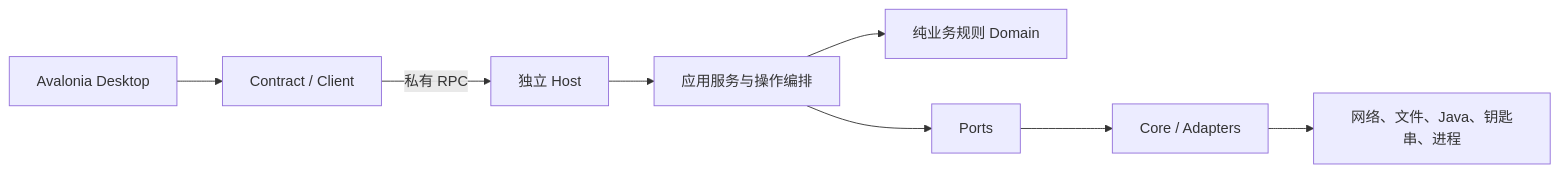
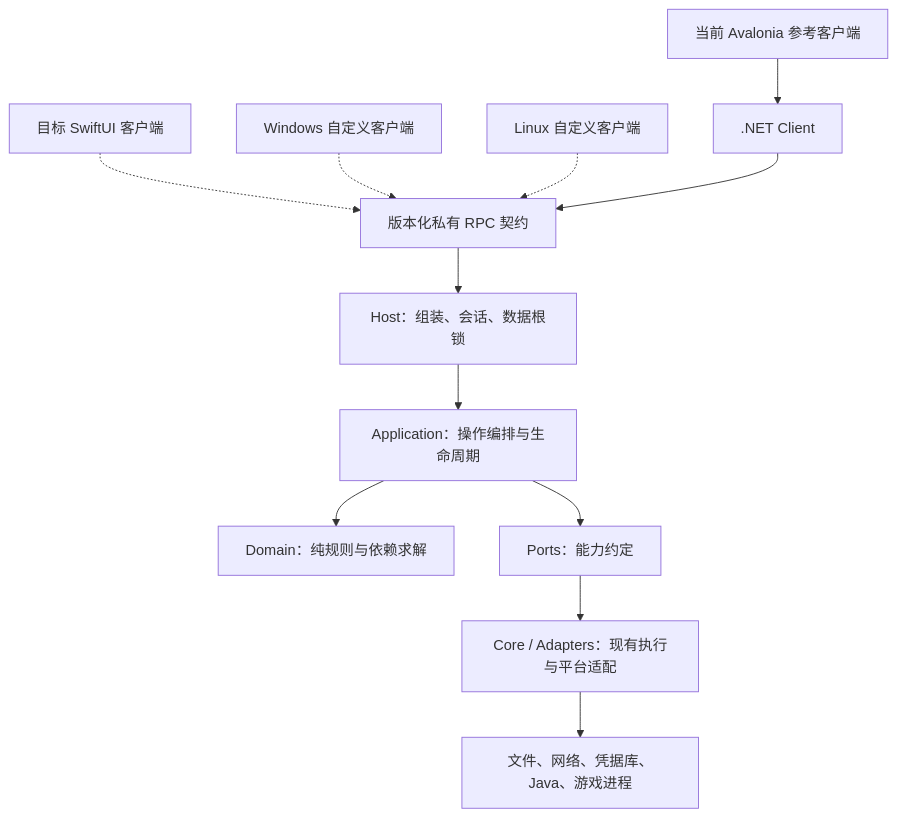
Before and after one commit to ParadoxRin/Plain_Craft_Launcher_Refactoring_Core: the diagram in README.md, drawn with Mermaid. The commit also changed other lines of this file and 63 other files, not shown here.

````diff
--- a/README.md
+++ b/README.md
@@ -42,10 +37,14 @@
 ```mermaid
-flowchart LR
-    UI[Avalonia Desktop] --> Client[Contract / Client]
-    Client -->|私有 RPC| Host[独立 Host]
-    Host --> App[应用服务与操作编排]
-    App --> Domain[纯业务规则 Domain]
-    App --> Ports[Ports]
-    Ports --> Adapters[Core / Adapters]
-    Adapters --> External[网络、文件、Java、钥匙串、进程]
+flowchart TB
+  A[当前 Avalonia 参考客户端] --> C[.NET Client]
+  S[目标 SwiftUI 客户端] -.-> P[版本化私有 RPC 契约]
+  W[Windows 自定义客户端] -.-> P
+  L[Linux 自定义客户端] -.-> P
+  C --> P
+  P --> H[Host：组装、会话、数据根锁]
+  H --> APP[Application：操作编排与生命周期]
+  APP --> D[Domain：纯规则与依赖求解]
+  APP --> PORT[Ports：能力约定]
+  PORT --> AD[Core / Adapters：现有执行与平台适配]
+  AD --> EXT[文件、网络、凭据库、Java、游戏进程]
 ```
````
